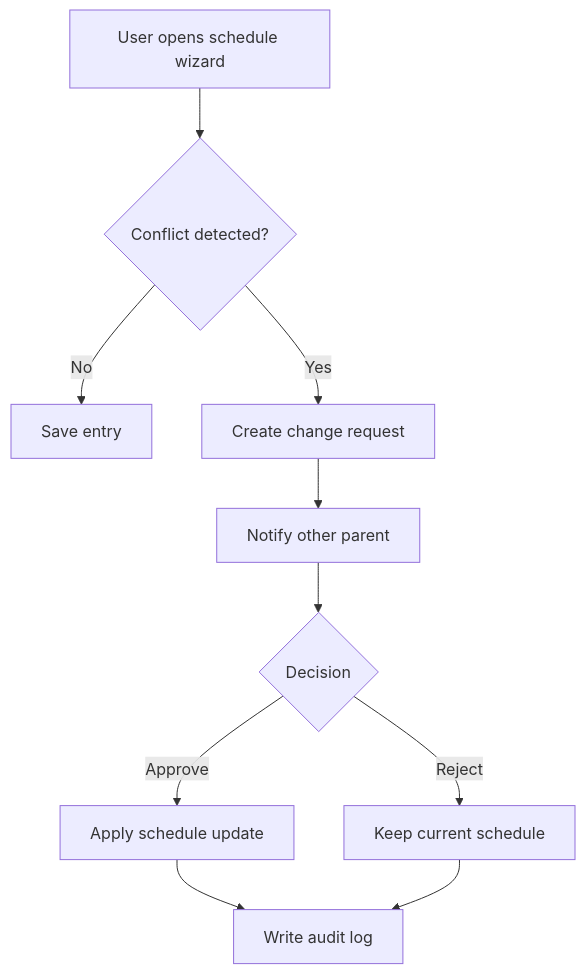
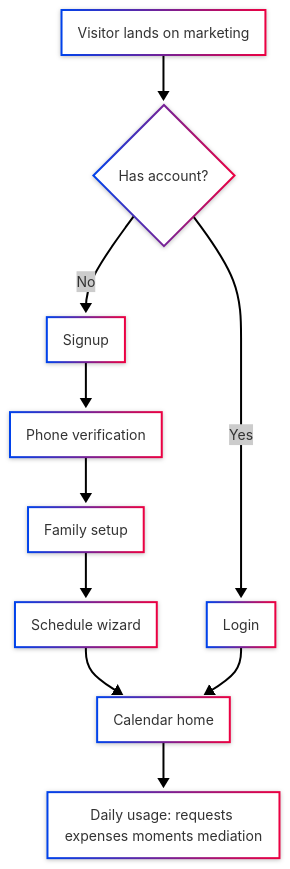
Before and after one commit to Kapum357/KidSchedule: the fourth of 6 diagrams in README.md, drawn with Mermaid. The commit also changed other lines of this file and 25 other files, not shown here.

````diff
--- a/README.md
+++ b/README.md
@@ -223,12 +282,17 @@
 ```mermaid
+---
+config:
+  look: neo
+  theme: neo
+---
 flowchart
-		A[User opens schedule wizard] --> B{Conflict detected?}
-		B -- No --> C[Save entry]
-		B -- Yes --> D[Create change request]
-		D --> E[Notify other parent]
-		E --> F{Decision}
-		F -- Approve --> G[Apply schedule update]
-		F -- Reject --> H[Keep current schedule]
-		G --> I[Write audit log]
-		H --> I
+A[Visitor lands on marketing] --> B{Has account?}
+B -- No --> C[Signup]
+C --> D[Phone verification]
+D --> E[Family setup]
+E --> F[Schedule wizard]
+F --> G[Calendar home]
+G --> H[Daily usage: requests expenses moments mediation]
+B -- Yes --> I[Login]
+I --> G
 ```
````
